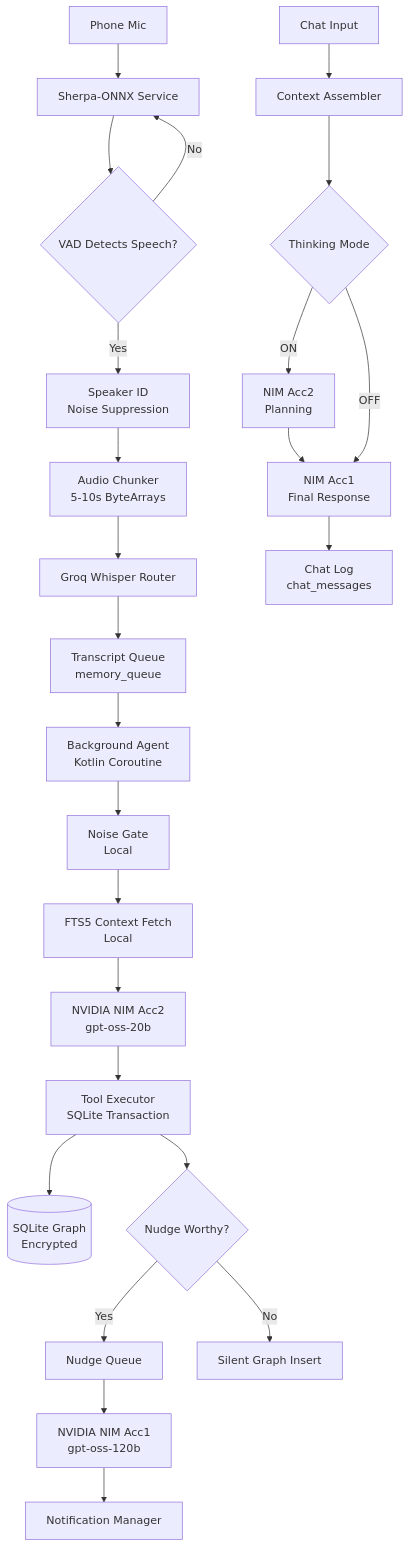
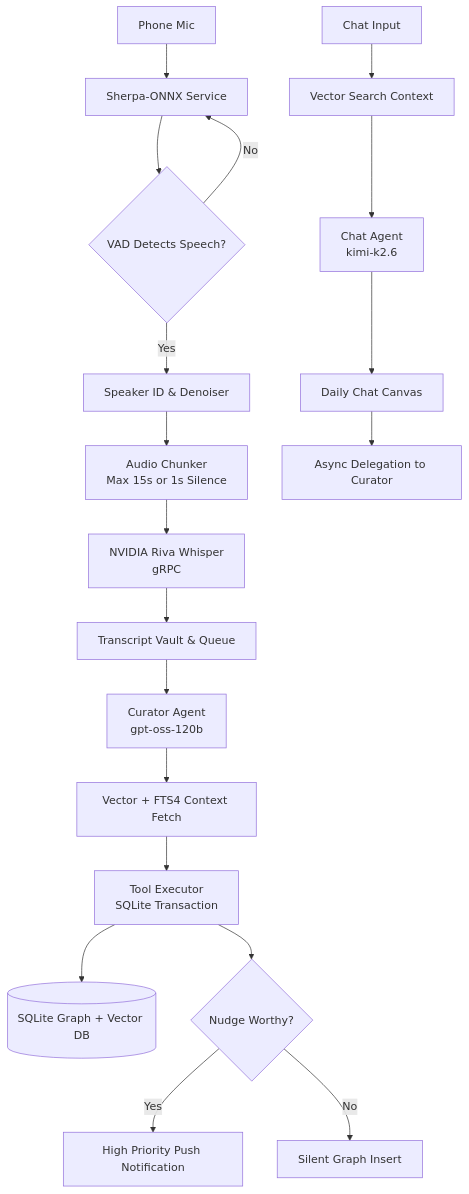
One commit to AtharvRG/Mine changed the diagram in 02 - System Architecture.md. Above: the diagram before and after it, drawn with Mermaid. The commit also changed other lines of this file and 18 other files, not shown here.

Commit message:
Update infrastructure and architecture documentation to reflect new system design, including the 3-Key Architecture for API usage, local vector database integration, and updated component stack.

````diff
--- a/02 - System Architecture.md
+++ b/02 - System Architecture.md
@@ -5,28 +5,22 @@
 ```mermaid
 flowchart TD
-    A[Phone Mic] --> B[Sherpa-ONNX Service]
-    B --> C{VAD Detects Speech?}
-    C -->|No| B
-    C -->|Yes| D[Speaker ID<br/>Noise Suppression]
-    D --> E[Audio Chunker<br/>5-10s ByteArrays]
-    E --> F[Groq Whisper Router]
-    F --> G[Transcript Queue<br/>memory_queue]
-    G --> H[Background Agent<br/>Kotlin Coroutine]
-    H --> I[Noise Gate<br/>Local]
-    I --> J[FTS5 Context Fetch<br/>Local]
-    J --> K[NVIDIA NIM Acc2<br/>gpt-oss-20b]
-    K --> L[Tool Executor<br/>SQLite Transaction]
-    L --> M[(SQLite Graph<br/>Encrypted)]
-    L --> N{Nudge Worthy?}
-    N -->|Yes| O[Nudge Queue]
-    O --> P[NVIDIA NIM Acc1<br/>gpt-oss-120b]
-    P --> Q[Notification Manager]
-    N -->|No| R[Silent Graph Insert]
-    
-    S[Chat Input] --> T[Context Assembler]
-    T --> U{Thinking Mode}
-    U -->|ON| V[NIM Acc2<br/>Planning]
-    V --> W[NIM Acc1<br/>Final Response]
-    U -->|OFF| W
-    W --> X[Chat Log<br/>chat_messages]
+A[Phone Mic] --> B[Sherpa-ONNX Service]
+B --> C{VAD Detects Speech?}
+C -->|No| B
+C -->|Yes| D[Speaker ID & Denoiser]
+D --> E[Audio Chunker<br/>Max 15s or 1s Silence]
+E --> F[NVIDIA Riva Whisper<br/>gRPC]
+F --> G[Transcript Vault & Queue]
+G --> H[Curator Agent<br/>gpt-oss-120b]
+H --> I[Vector + FTS4 Context Fetch]
+I --> J[Tool Executor<br/>SQLite Transaction]
+J --> K[(SQLite Graph + Vector DB)]
+J --> L{Nudge Worthy?}
+L -->|Yes| M[High Priority Push Notification]
+L -->|No| N[Silent Graph Insert]
+
+O[Chat Input] --> P[Vector Search Context]
+P --> Q[Chat Agent<br/>kimi-k2.6]
+Q --> R[Daily Chat Canvas]
+R --> S[Async Delegation to Curator]
 ```
````
